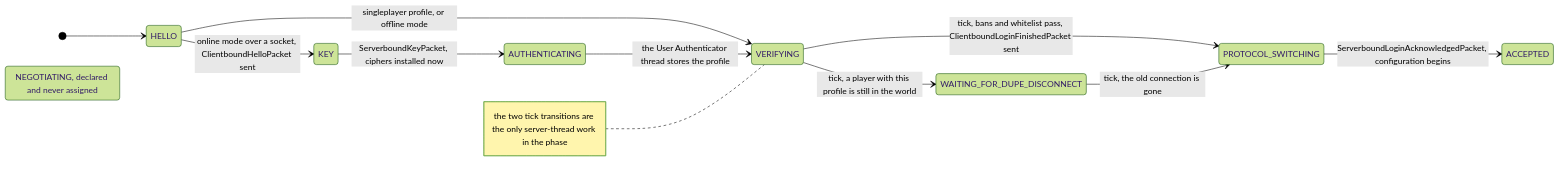
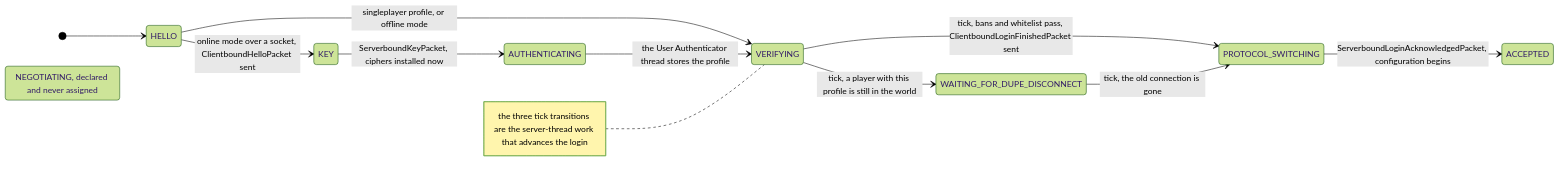
Before and after one commit to AlexanderjFraser/MinecraftDocs: the second of 4 diagrams in src/systems/networking/protocol-phases.md, drawn with Mermaid (forest theme). The commit also changed other lines of this file and 10 other files, not shown here.

````diff
--- a/src/systems/networking/protocol-phases.md
+++ b/src/systems/networking/protocol-phases.md
@@ -128,15 +133,15 @@
 ```mermaid
 stateDiagram-v2
     direction LR
     [*] --> HELLO
     HELLO --> KEY : online mode over a socket, ClientboundHelloPacket sent
     HELLO --> VERIFYING : singleplayer profile, or offline mode
     KEY --> AUTHENTICATING : ServerboundKeyPacket, ciphers installed now
     AUTHENTICATING --> VERIFYING : the User Authenticator thread stores the profile
     VERIFYING --> WAITING_FOR_DUPE_DISCONNECT : tick, a player with this profile is still in the world
     VERIFYING --> PROTOCOL_SWITCHING : tick, bans and whitelist pass, ClientboundLoginFinishedPacket sent
     WAITING_FOR_DUPE_DISCONNECT --> PROTOCOL_SWITCHING : tick, the old connection is gone
     PROTOCOL_SWITCHING --> ACCEPTED : ServerboundLoginAcknowledgedPacket, configuration begins
     NEGOTIATING : NEGOTIATING, declared and never assigned
-    note left of VERIFYING : the two tick transitions are the only server-thread work in the phase
+    note left of VERIFYING : the three tick transitions are the server-thread work that advances the login
 ```
````
